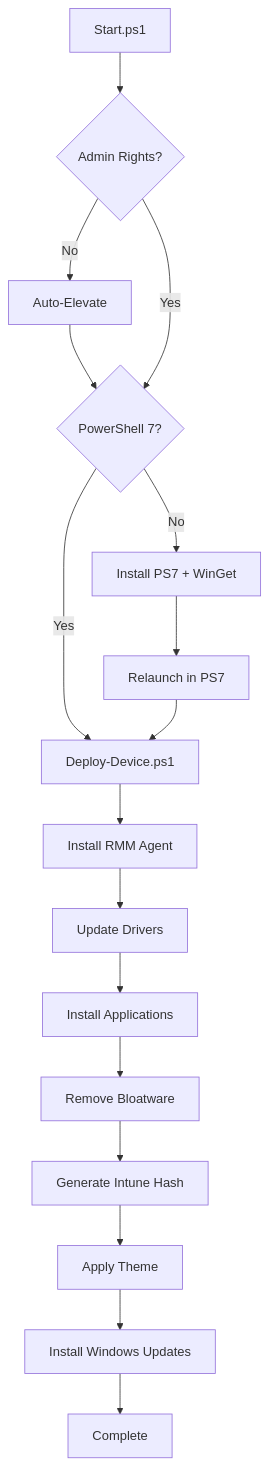
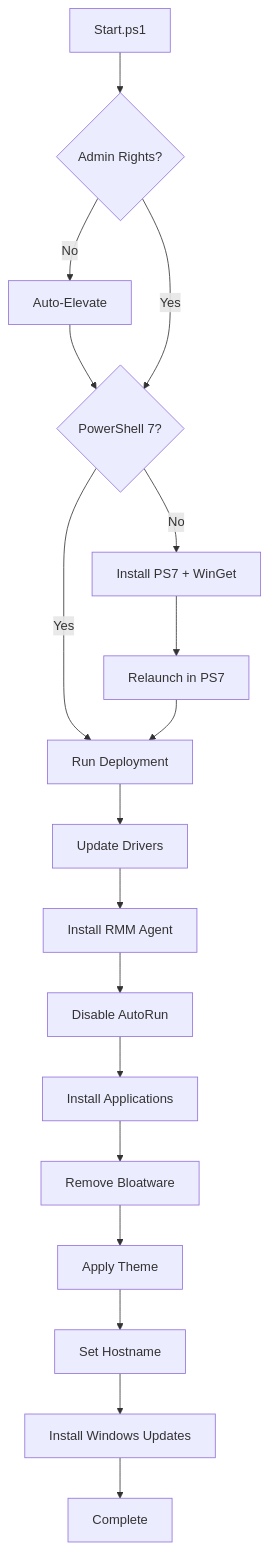
One commit to Stensel8/WinDeploy changed the diagram in README.md. Above: the diagram before and after it, drawn with Mermaid. The commit also changed other lines of this file and 14 other files, not shown here.

````diff
--- a/README.md
+++ b/README.md
@@ -97,19 +95,20 @@
 ```mermaid
 graph TD
     A[Start.ps1] --> B{Admin Rights?}
     B -->|No| C[Auto-Elevate]
     C --> D{PowerShell 7?}
     B -->|Yes| D
     D -->|No| E[Install PS7 + WinGet]
     E --> F[Relaunch in PS7]
-    D -->|Yes| G[Deploy-Device.ps1]
+    D -->|Yes| G[Run Deployment]
     F --> G
-    G --> H[Install RMM Agent]
-    H --> I[Update Drivers]
-    I --> J[Install Applications]
-    J --> K[Remove Bloatware]
-    K --> L[Generate Intune Hash]
+    G --> H[Update Drivers]
+    H --> I[Install RMM Agent]
+    I --> J[Disable AutoRun]
+    J --> K[Install Applications]
+    K --> L[Remove Bloatware]
     L --> M[Apply Theme]
-    M --> N[Install Windows Updates]
-    N --> O[Complete]
+    M --> N[Set Hostname]
+    N --> O[Install Windows Updates]
+    O --> P[Complete]
 ```
````
